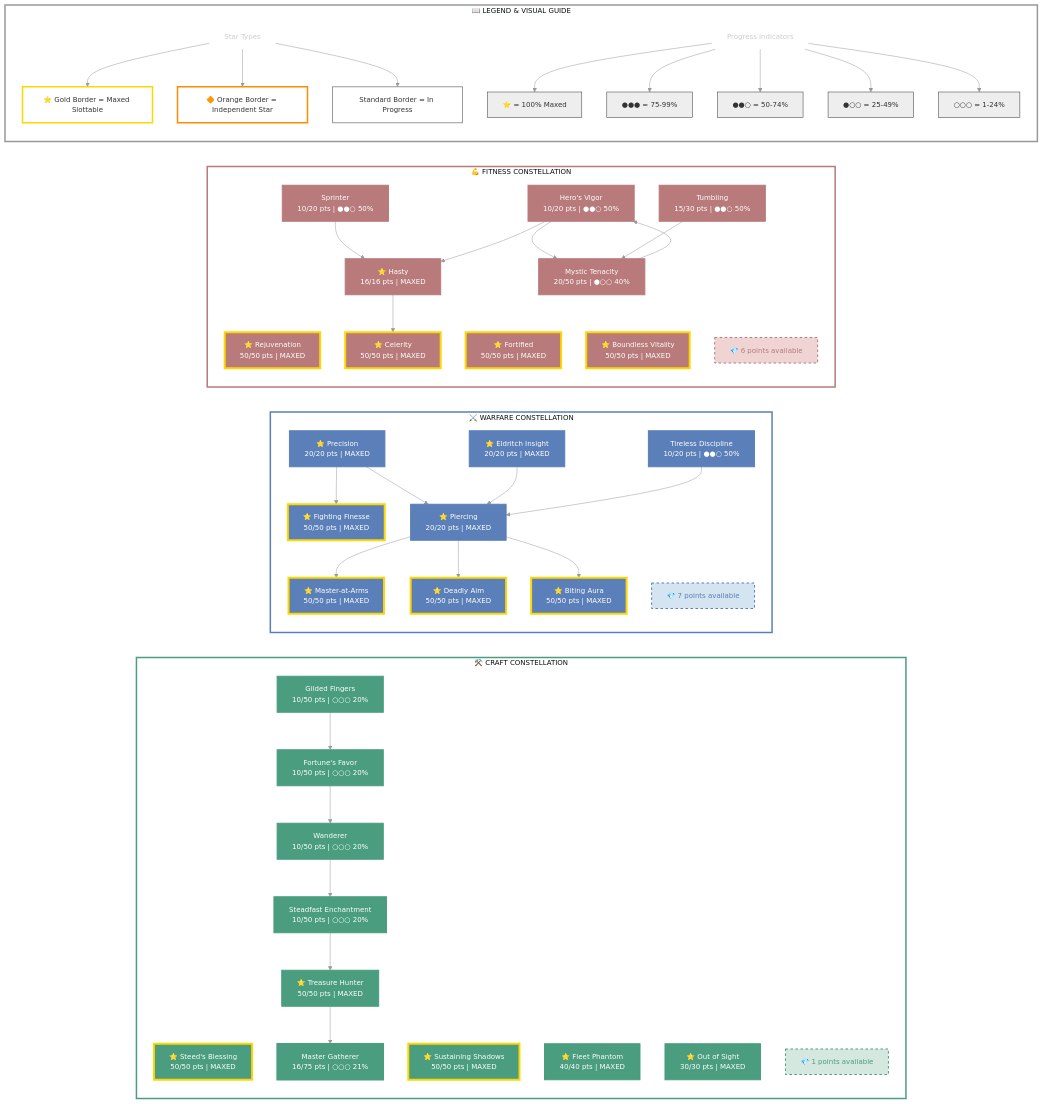
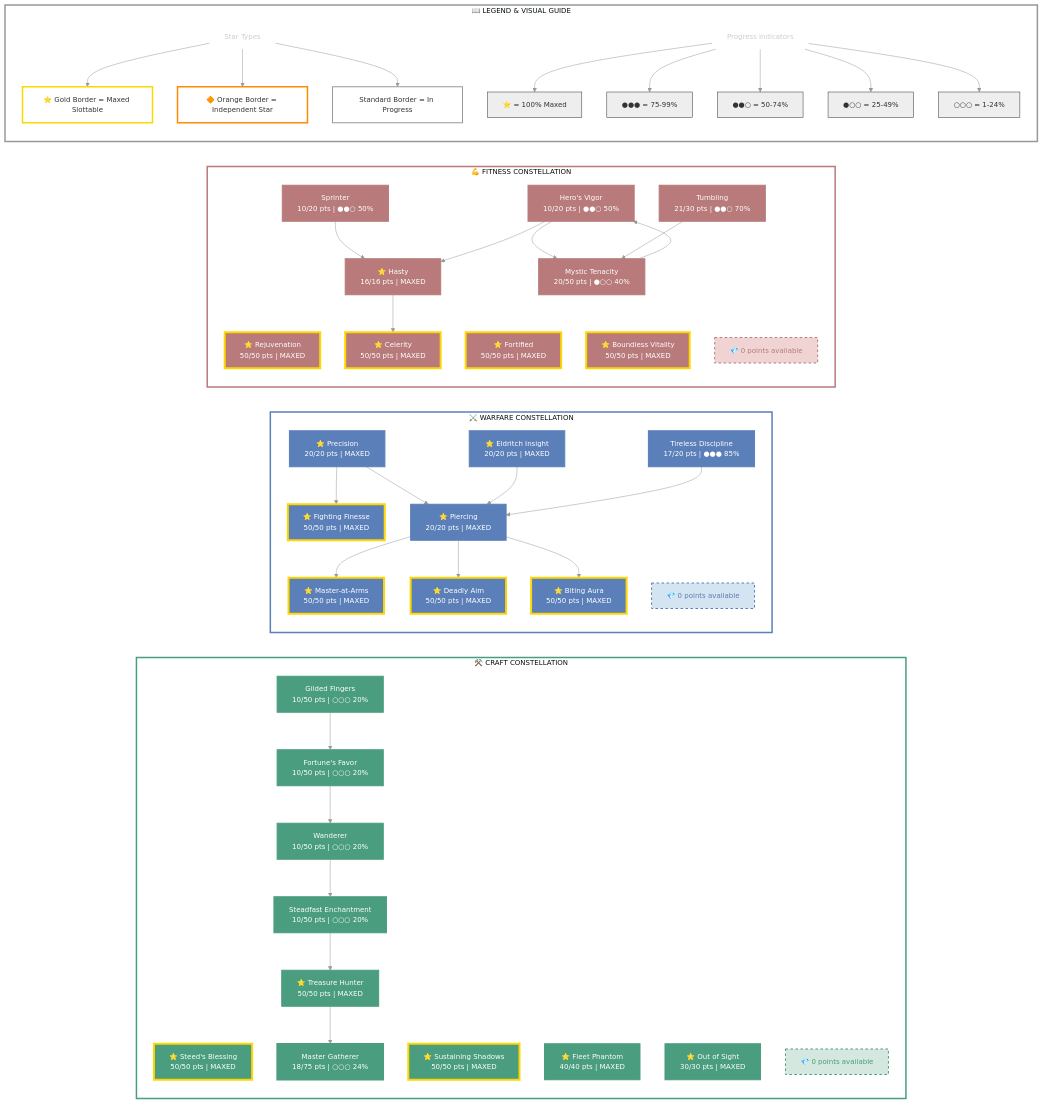
One commit to solaegis/CharacterMarkdown changed the diagram in examples/Karakum.md. Above: the diagram before and after it, drawn with Mermaid. The commit also changed other lines of this file and 2 other files, not shown here.

```diff
--- a/examples/Karakum.md
+++ b/examples/Karakum.md
@@ -324,7 +323,7 @@
   %% Enhanced readability with clear visual hierarchy
 
   %% ========================================
-  %% ⚒️ CRAFT CONSTELLATION (276/564 pts)
+  %% ⚒️ CRAFT CONSTELLATION (278/564 pts)
   %% ========================================
 
   subgraph subCRAFT["⚒️ CRAFT CONSTELLATION"]
@@ -333,7 +332,7 @@
     style C_SteedsBlessing fill:#4a9d7f,stroke:#ffd700,stroke-width:4px,color:#fff
     C_SustainingShadows["⭐ Sustaining Shadows<br/>50/50 pts | MAXED"]
     style C_SustainingShadows fill:#4a9d7f,stroke:#ffd700,stroke-width:4px,color:#fff
-    C_MasterGatherer["Master Gatherer<br/>16/75 pts | ○○○ 21%"]
+    C_MasterGatherer["Master Gatherer<br/>18/75 pts | ○○○ 24%"]
     style C_MasterGatherer fill:#4a9d7f,stroke:#4a9d7f,stroke-width:3px,color:#fff
     C_TreasureHunter["⭐ Treasure Hunter<br/>50/50 pts | MAXED"]
     style C_TreasureHunter fill:#4a9d7f,stroke:#4a9d7f,stroke-width:2px,color:#fff
@@ -357,14 +356,14 @@
     C_Wanderer --> C_SteadfastEnchantment
     C_FortunesFavor --> C_Wanderer
 
-    CRAFT_AVAIL["💎 1 points available"]
+    CRAFT_AVAIL["💎 0 points available"]
     style CRAFT_AVAIL fill:#d4e8df,stroke:#4a9d7f,stroke-width:2px,stroke-dasharray:5 5,color:#4a9d7f
 
   end
   style subCRAFT fill:transparent,stroke:#4a9d7f,stroke-width:3px
 
   %% ========================================
-  %% ⚔️ WARFARE CONSTELLATION (270/564 pts)
+  %% ⚔️ WARFARE CONSTELLATION (277/564 pts)
   %% ========================================
 
   subgraph subWARFARE["⚔️ WARFARE CONSTELLATION"]
@@ -383,7 +382,7 @@
     style W_Precision fill:#5b7fb8,stroke:#5b7fb8,stroke-width:2px,color:#fff
     W_EldritchInsight["⭐ Eldritch Insight<br/>20/20 pts | MAXED"]
     style W_EldritchInsight fill:#5b7fb8,stroke:#5b7fb8,stroke-width:2px,color:#fff
-    W_TirelessDiscipline["Tireless Discipline<br/>10/20 pts | ●●○ 50%"]
+    W_TirelessDiscipline["Tireless Discipline<br/>17/20 pts | ●●● 85%"]
     style W_TirelessDiscipline fill:#5b7fb8,stroke:#5b7fb8,stroke-width:2px,color:#fff
 
     %% Connections
@@ -395,14 +394,14 @@
     W_EldritchInsight --> W_Piercing
     W_TirelessDiscipline --> W_Piercing
 
-    WARFARE_AVAIL["💎 7 points available"]
+    WARFARE_AVAIL["💎 0 points available"]
     style WARFARE_AVAIL fill:#d4e4f0,stroke:#5b7fb8,stroke-width:2px,stroke-dasharray:5 5,color:#5b7fb8
 
   end
   style subWARFARE fill:transparent,stroke:#5b7fb8,stroke-width:3px
 
   %% ========================================
-  %% 💪 FITNESS CONSTELLATION (271/564 pts)
+  %% 💪 FITNESS CONSTELLATION (277/564 pts)
   %% ========================================
 
   subgraph subFITNESS["💪 FITNESS CONSTELLATION"]
@@ -415,12 +414,12 @@
     style F_Celerity fill:#b87a7a,stroke:#ffd700,stroke-width:4px,color:#fff
     F_BoundlessVitality["⭐ Boundless Vitality<br/>50/50 pts | MAXED"]
     style F_BoundlessVitality fill:#b87a7a,stroke:#ffd700,stroke-width:4px,color:#fff
+    F_Tumbling["Tumbling<br/>21/30 pts | ●●○ 70%"]
+    style F_Tumbling fill:#b87a7a,stroke:#b87a7a,stroke-width:2px,color:#fff
     F_MysticTenacity["Mystic Tenacity<br/>20/50 pts | ●○○ 40%"]
     style F_MysticTenacity fill:#b87a7a,stroke:#b87a7a,stroke-width:2px,color:#fff
     F_Hasty["⭐ Hasty<br/>16/16 pts | MAXED"]
     style F_Hasty fill:#b87a7a,stroke:#b87a7a,stroke-width:2px,color:#fff
-    F_Tumbling["Tumbling<br/>15/30 pts | ●●○ 50%"]
-    style F_Tumbling fill:#b87a7a,stroke:#b87a7a,stroke-width:2px,color:#fff
     F_Sprinter["Sprinter<br/>10/20 pts | ●●○ 50%"]
     style F_Sprinter fill:#b87a7a,stroke:#b87a7a,stroke-width:2px,color:#fff
     F_HerosVigor["Hero's Vigor<br/>10/20 pts | ●●○ 50%"]
@@ -434,7 +433,7 @@
     F_HerosVigor --> F_Hasty
     F_MysticTenacity --> F_HerosVigor
 
-    FITNESS_AVAIL["💎 6 points available"]
+    FITNESS_AVAIL["💎 0 points available"]
     style FITNESS_AVAIL fill:#f0d4d4,stroke:#b87a7a,stroke-width:2px,stroke-dasharray:5 5,color:#b87a7a
 
   end
```
